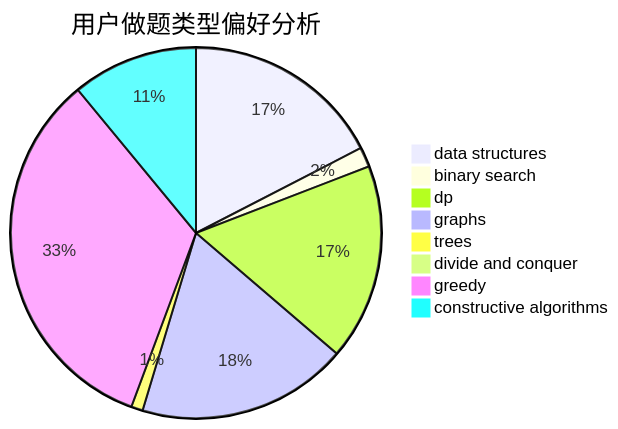
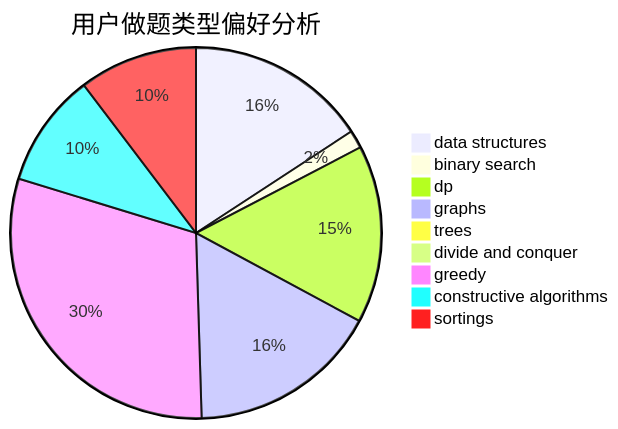
The second of 3 diagrams in docs/user/u1064.md (sherpahu/cfrs.github.io), drawn with Mermaid before and after one commit. The commit also changed other lines of this file and 2769 other files, not shown here.

````diff
--- a/docs/user/u1064.md
+++ b/docs/user/u1064.md
@@ -23,11 +18,12 @@
 ```mermaid
 pie title 用户做题类型偏好分析
     "data structures" :  292
     "binary search" :  29
     "dp" :  287
     "graphs" :  308
     "trees" :  17
     "divide and conquer" :  9
     "greedy" :  559
     "constructive algorithms" :  184
+    "sortings" :  191
 ```
````
